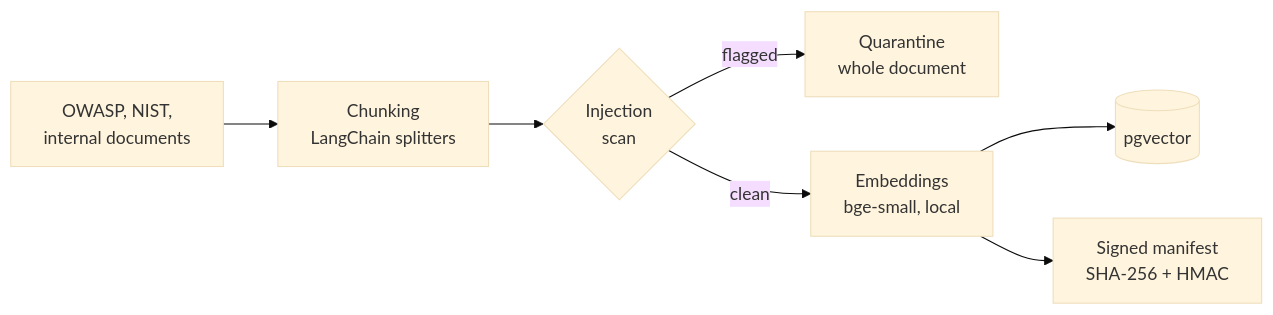
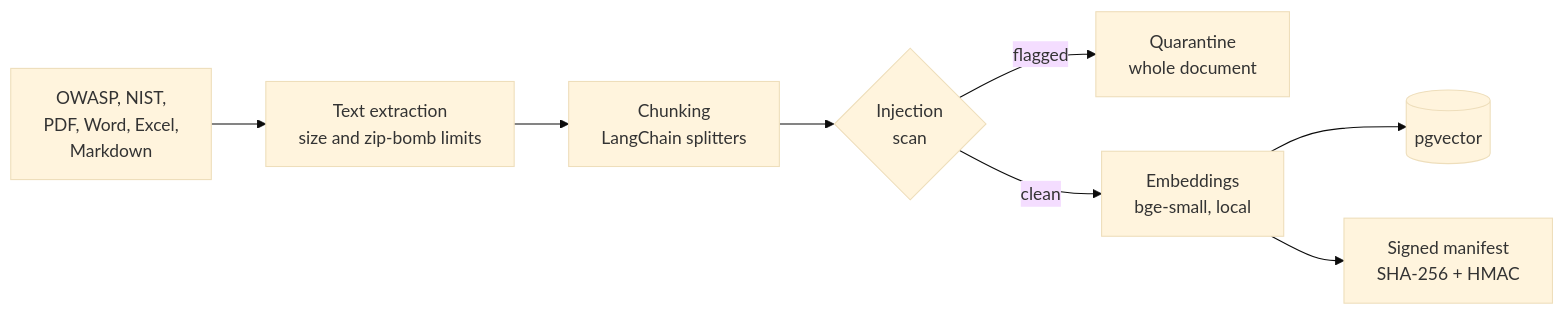
One commit to ahmedbmohamed/secure-rag-assistant changed the second of 2 diagrams in README.md. Above: the diagram before and after it, drawn with Mermaid (base theme). The commit also changed other lines of this file and 39 other files, not shown here.

First line of the commit message:
Sign-in with MFA, admin page, PDF/Word/Excel documents, feedback and security fixes

````diff
--- a/README.md
+++ b/README.md
@@ -43,9 +44,10 @@
 ```mermaid
 flowchart LR
-    D[OWASP, NIST,<br/>internal documents] --> S[Chunking<br/>LangChain splitters]
+    D[OWASP, NIST,<br/>PDF, Word, Excel,<br/>Markdown] --> P[Text extraction<br/>size and zip-bomb limits]
+    P --> S[Chunking<br/>LangChain splitters]
     S --> Q{Injection<br/>scan}
     Q -- flagged --> X[Quarantine<br/>whole document]
     Q -- clean --> E[Embeddings<br/>bge-small, local]
     E --> DB[(pgvector)]
     E --> M[Signed manifest<br/>SHA-256 + HMAC]
 ```
````
